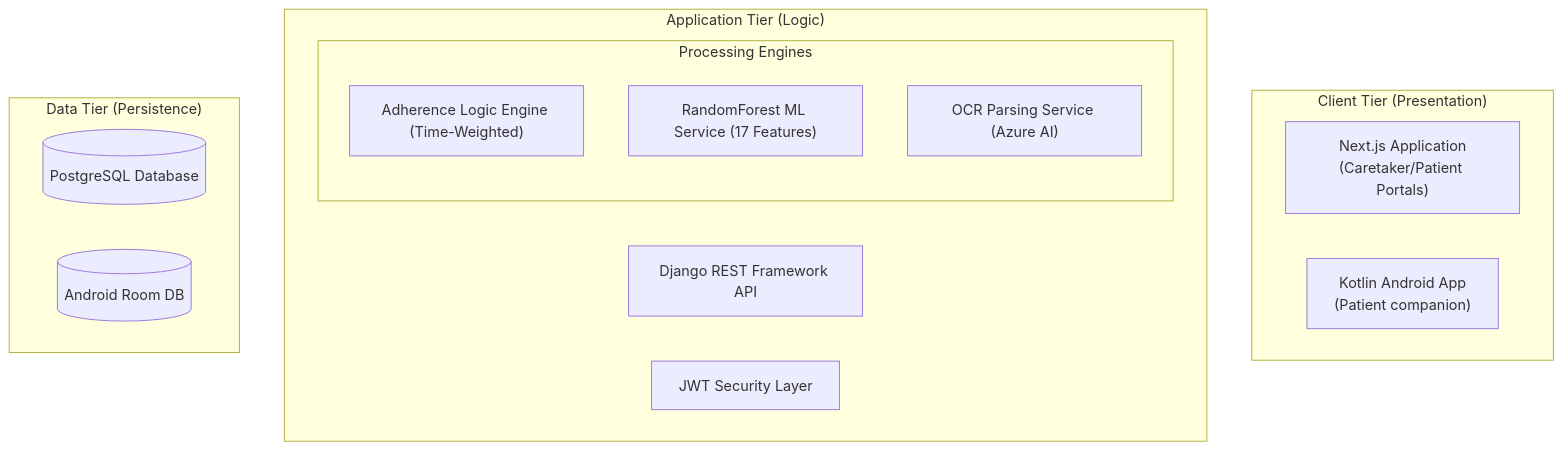
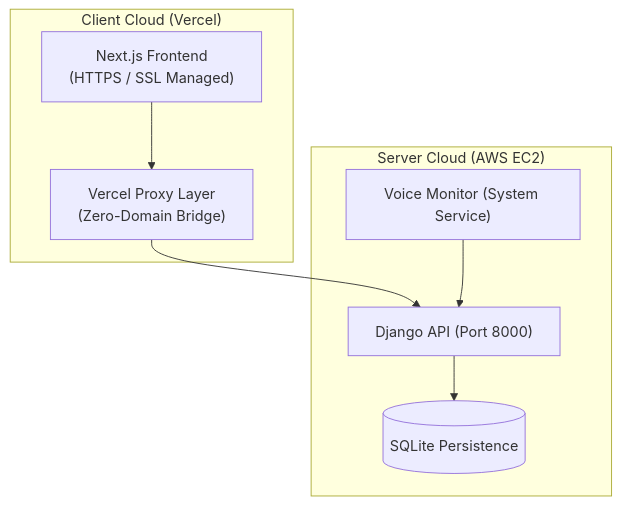
Before and after one commit to rathinadev/MedAssist: the diagram in README.md, drawn with Mermaid. The commit also changed other lines of this file and 2 other files, not shown here.

````diff
--- a/README.md
+++ b/README.md
@@ -16,25 +16,18 @@
 ```mermaid
 graph TD
-    %% Client Tier
-    subgraph Client_Tier ["Client Tier (Presentation)"]
-        Web["Next.js Application<br/>(Caretaker/Patient Portals)"]
-        Mobile["Kotlin Android App<br/>(Patient companion)"]
+    subgraph Client_Cloud ["Client Cloud (Vercel)"]
+        Web["Next.js Frontend<br/>(HTTPS / SSL Managed)"]
+        Proxy["Vercel Proxy Layer<br/>(Zero-Domain Bridge)"]
     end
 
-    %% Application Tier
-    subgraph App_Tier ["Application Tier (Logic)"]
-        RestAPI["Django REST Framework API"]
-        Auth["JWT Security Layer"]
-        subgraph Internal_Engines ["Processing Engines"]
-            Logic["Adherence Logic Engine (Time-Weighted)"]
-            ML["RandomForest ML Service (17 Features)"]
-            OCR["OCR Parsing Service (Azure AI)"]
-        end
+    subgraph Server_Cloud ["Server Cloud (AWS EC2)"]
+        RestAPI["Django API (Port 8000)"]
+        Monitor["Voice Monitor (System Service)"]
+        DB[(SQLite Persistence)]
     end
 
-    %% Data Tier
-    subgraph Data_Tier ["Data Tier (Persistence)"]
-        Postgres[(PostgreSQL Database)]
-        LocalStorage[(Android Room DB)]
-    end
+    Web --> Proxy
+    Proxy --> RestAPI
+    RestAPI --> DB
+    Monitor --> RestAPI
 ```
````
